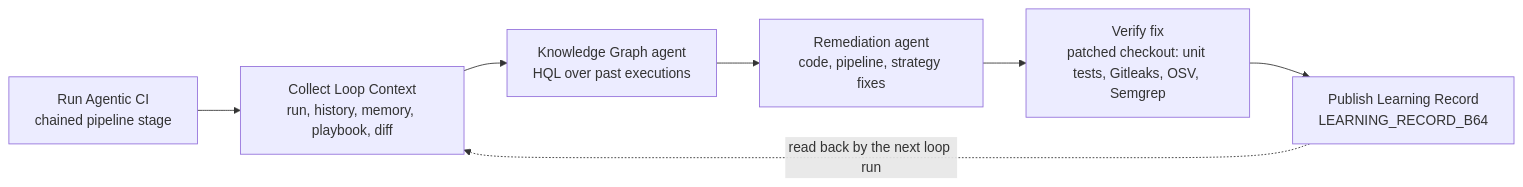
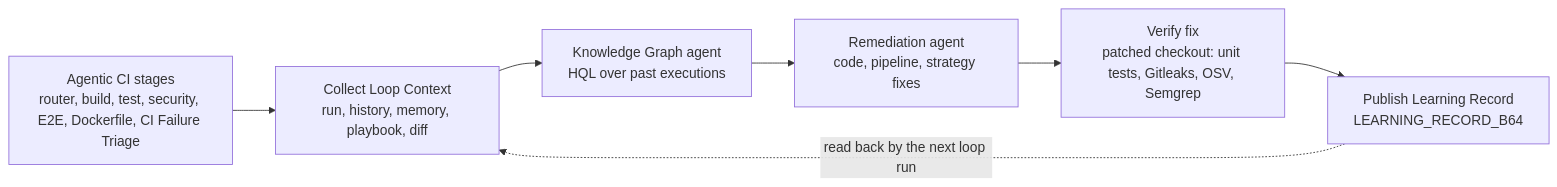
The third of 3 diagrams in README.md (prameetu20codes/aumovio-ci-demo), drawn with Mermaid before and after one commit. The commit also changed other lines of this file and 18 other files, not shown here.

Commit message:
Learning loop: inline the agentic CI stages instead of chaining; read stage statuses and triage verdict through expressions; use ca_ci_knowledge_graph_analyst

````diff
--- a/README.md
+++ b/README.md
@@ -287,9 +288,9 @@
 ```mermaid
 flowchart LR
-  A[Run Agentic CI<br/>chained pipeline stage] --> B[Collect Loop Context<br/>run, history, memory, playbook, diff]
+  A[Agentic CI stages<br/>router, build, test, security, E2E, Dockerfile, CI Failure Triage] --> B[Collect Loop Context<br/>run, history, memory, playbook, diff]
   B --> C[Knowledge Graph agent<br/>HQL over past executions]
   C --> D[Remediation agent<br/>code, pipeline, strategy fixes]
   D --> E[Verify fix<br/>patched checkout: unit tests, Gitleaks, OSV, Semgrep]
   E --> F[Publish Learning Record<br/>LEARNING_RECORD_B64]
   F -. read back by the next loop run .-> B
 ```
````
